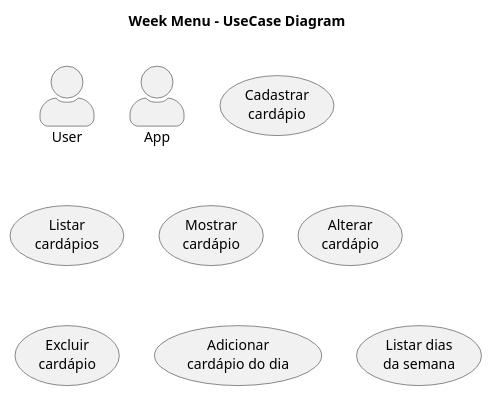
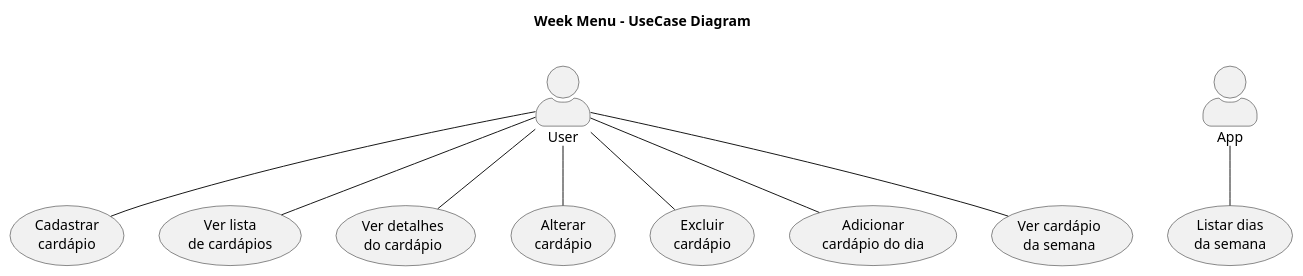
One commit to jairokoning/week_menu_api changed the diagram in docs/uml/use_case.plantuml. Above: the diagram before and after it, drawn with PlantUML.

Commit message:
feat: link actor to usecase

```diff
--- a/docs/uml/use_case.plantuml
+++ b/docs/uml/use_case.plantuml
@@ -1,15 +1,25 @@
 @startuml "week_menu_usecase"
 title Week Menu - UseCase Diagram \n
 skinparam actorStyle awesome
 
 actor User
 actor App
-usecase "Cadastrar\ncardápio"
-usecase "Listar\ncardápios"
-usecase "Mostrar\ncardápio"
-usecase "Alterar\ncardápio"
-usecase "Excluir\ncardápio"
-usecase "Adicionar\ncardápio do dia"
-usecase "Listar dias\nda semana"
+usecase "Cadastrar\ncardápio" as createMenu
+usecase "Ver lista\nde cardápios" as listMenu
+usecase "Ver detalhes\ndo cardápio" as showMenu
+usecase "Alterar\ncardápio" as updateMenu
+usecase "Excluir\ncardápio" as deleteMenu
+usecase "Adicionar\ncardápio do dia" as addMenuWeek
+usecase "Listar dias\nda semana" as listWeekMenu
+usecase "Ver cardápio\nda semana" as showWeekMenu
+
+User -- createMenu
+User -- listMenu
+User -- showMenu
+User -- updateMenu
+User -- deleteMenu
+User -- addMenuWeek
+App -- listWeekMenu
+User -- showWeekMenu
 
 @enduml
```
